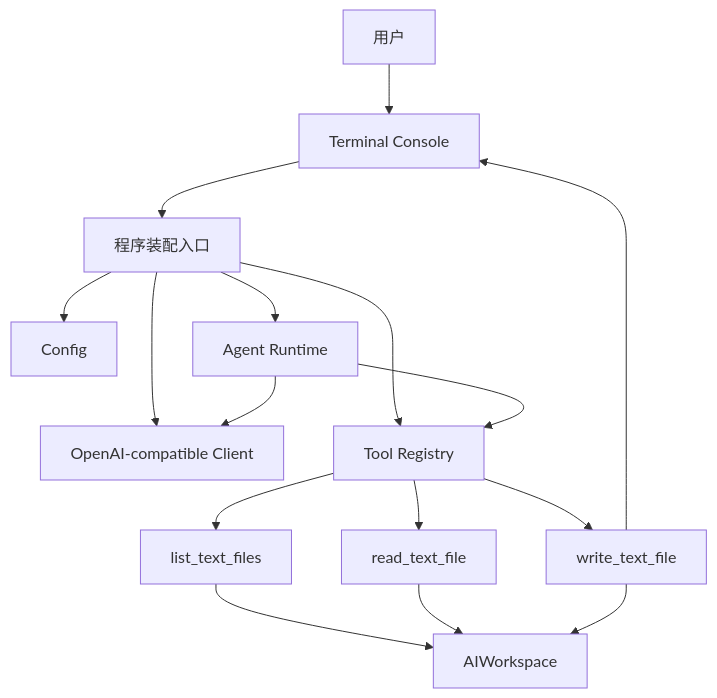
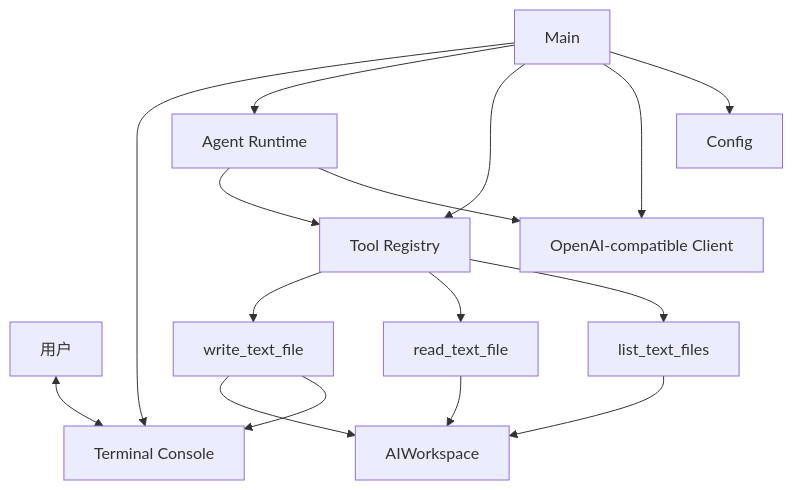
The diagram in README.md (ZhengHe000/agent-lab), drawn with Mermaid before and after one commit. The commit also changed 1 other file, not shown here.

Commit message:
修复README错误架构展示,新增`.env.example`保证项目使用教程有效

````diff
--- a/README.md
+++ b/README.md
@@ -120,23 +120,23 @@
 ```mermaid
 flowchart TD
-    User[用户] --> Console[Terminal Console]
-    Console --> Main[程序装配入口]
+    User[用户] <--> Console[Terminal Console]
 
     Main --> Config[Config]
     Main --> Client[OpenAI-compatible Client]
     Main --> Registry[Tool Registry]
     Main --> Runtime[Agent Runtime]
+    Main --> Console
 
     Runtime --> Client
     Runtime --> Registry
 
     Registry --> ListTool[list_text_files]
     Registry --> ReadTool[read_text_file]
     Registry --> WriteTool[write_text_file]
 
     WriteTool --> Console
 
     ListTool --> Workspace[AIWorkspace]
     ReadTool --> Workspace
     WriteTool --> Workspace
 ```
````
